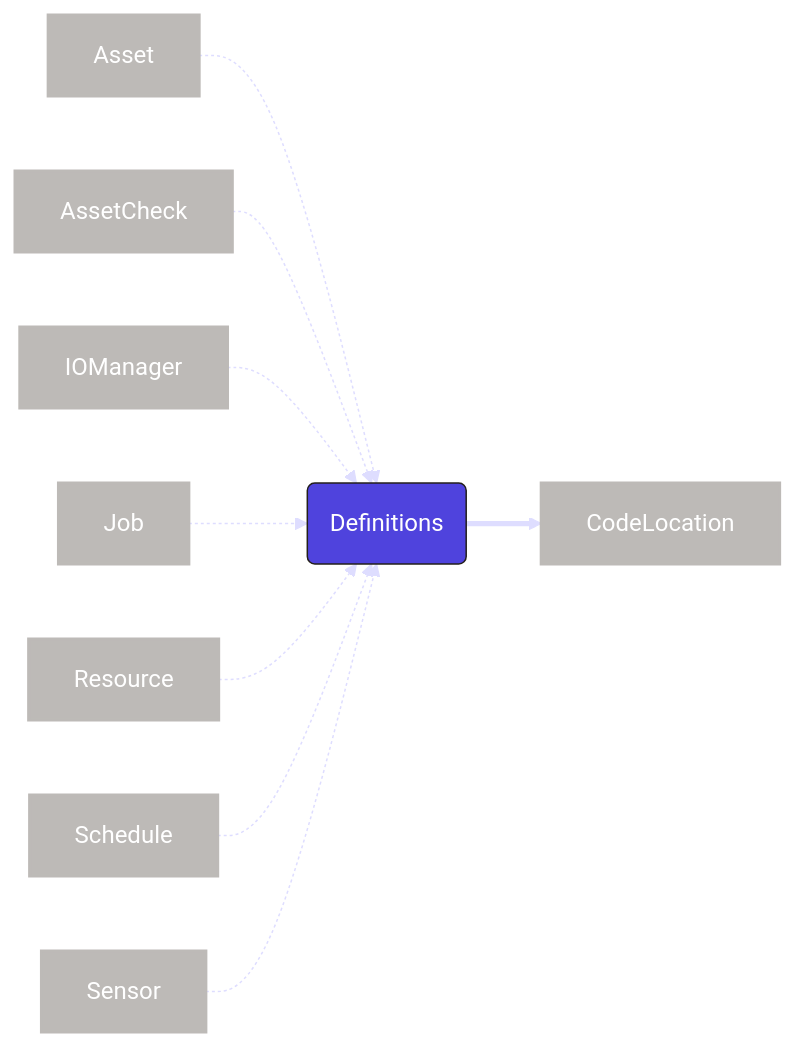
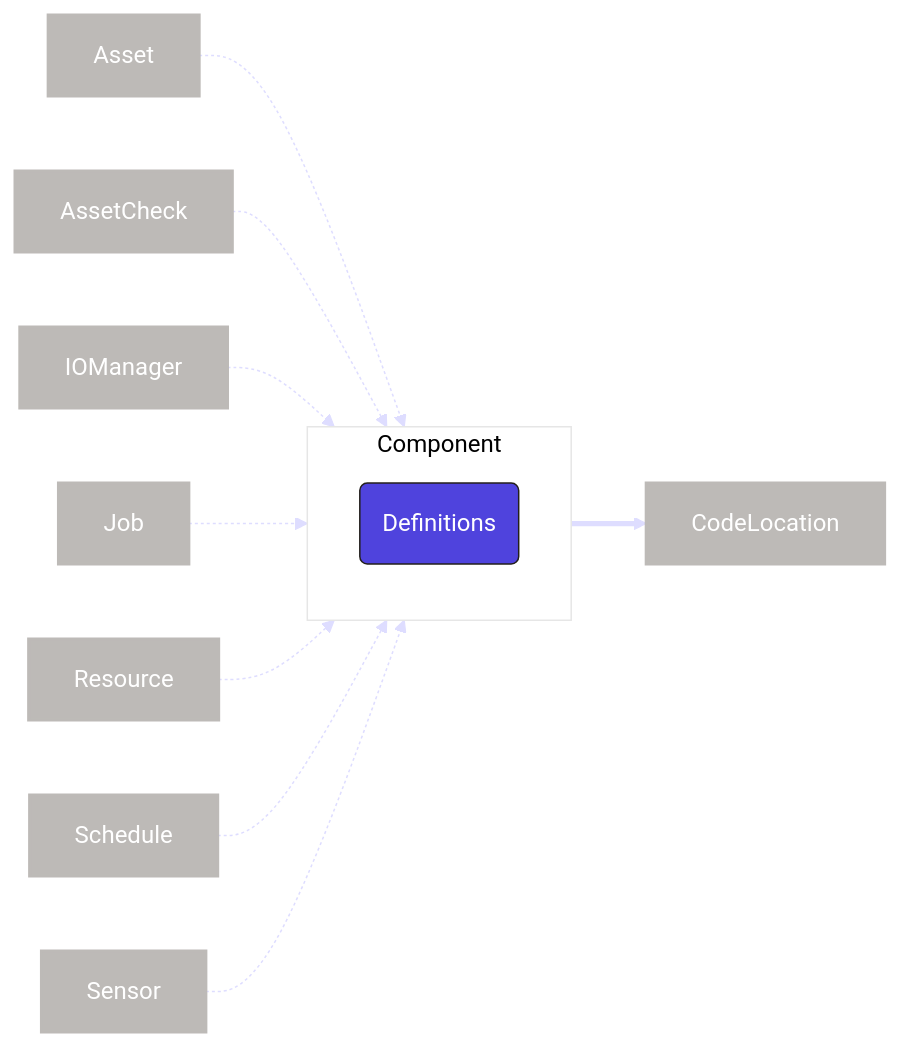
The seventh of 16 diagrams in docs/docs/getting-started/concepts.md (dagster-io/dagster), drawn with Mermaid before and after one commit. The commit also changed other lines of this file, not shown here.

````diff
--- a/docs/docs/getting-started/concepts.md
+++ b/docs/docs/getting-started/concepts.md
@@ -263,37 +295,39 @@
 ```mermaid
 %%{
   init: {
     'theme': 'base',
     'themeVariables': {
       'primaryColor': '#4F43DD',
       'primaryTextColor': '#FFFFFF',
       'primaryBorderColor': '#231F1B',
       'lineColor': '#DEDDFF',
       'secondaryColor': '#BDBAB7',
       'tertiaryColor': '#FFFFFF'
     }
   }
 }%%
   graph LR
     style Job fill:#BDBAB7,stroke:#BDBAB7,stroke-width:2px
     style Schedule fill:#BDBAB7,stroke:#BDBAB7,stroke-width:2px
     style Asset fill:#BDBAB7,stroke:#BDBAB7,stroke-width:2px
     style Sensor fill:#BDBAB7,stroke:#BDBAB7,stroke-width:2px
     style IOManager fill:#BDBAB7,stroke:#BDBAB7,stroke-width:2px
     style Resource fill:#BDBAB7,stroke:#BDBAB7,stroke-width:2px
     style AssetCheck fill:#BDBAB7,stroke:#BDBAB7,stroke-width:2px
     style CodeLocation fill:#BDBAB7,stroke:#BDBAB7,stroke-width:2px
 
 
-    Asset -.-> Definitions
-    AssetCheck -.-> Definitions
-    IOManager -.-> Definitions
-    Job -.-> Definitions
-    Resource -.-> Definitions
-    Schedule -.-> Definitions
-    Sensor -.-> Definitions
+    Asset -.-> Component
+    AssetCheck -.-> Component
+    IOManager -.-> Component
+    Job -.-> Component
+    Resource -.-> Component
+    Schedule -.-> Component
+    Sensor -.-> Component
 
+    subgraph Component
     Definitions(Definitions)
+    end
 
-    Definitions ==> CodeLocation
+    Component ==> CodeLocation
 ```
````
